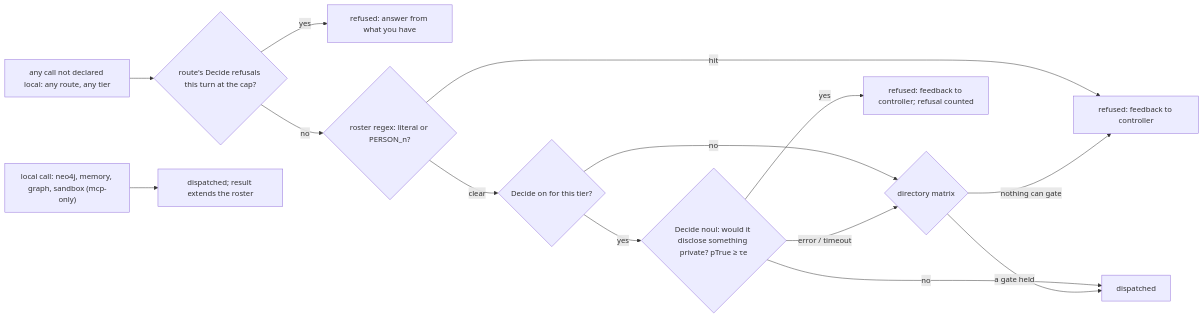
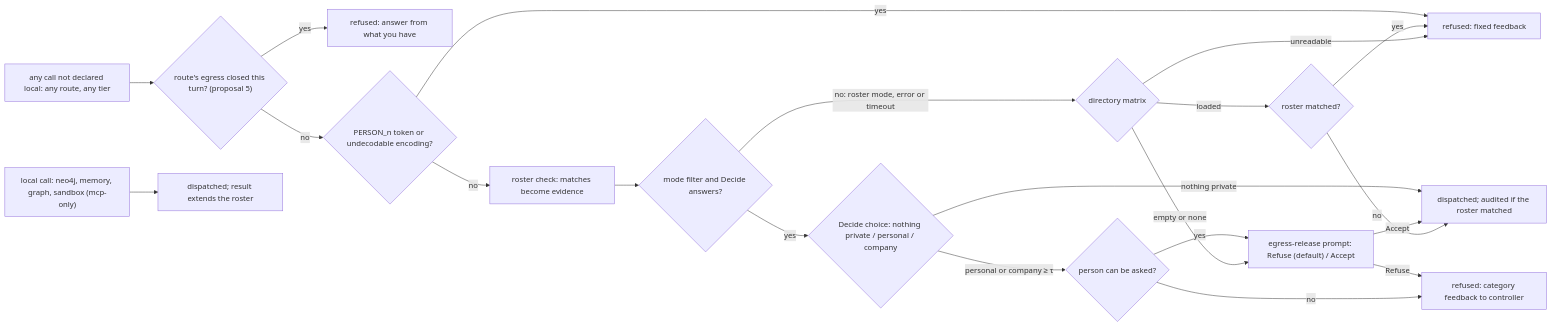
Before and after one commit to mknw/hames-playground: the fourth of 4 diagrams in docs/plan/boundary-guards.md, drawn with Mermaid. The commit also changed other lines of this file, not shown here.

````diff
--- a/docs/plan/boundary-guards.md
+++ b/docs/plan/boundary-guards.md
@@ -228,16 +327,23 @@
 ```mermaid
 flowchart LR
-  CALL["any call not declared local: any route, any tier"] --> CAP{"route's Decide refusals this turn at the cap?"}
-  CAP -->|yes| FB2["refused: answer from what you have"]
-  CAP -->|no| RX{"roster regex: literal or PERSON_n?"}
-  RX -->|hit| FB["refused: feedback to controller"]
-  RX -->|clear| ON{"Decide on for this tier?"}
-  ON -->|no| M
-  ON -->|yes| DQ{"Decide noul: would it disclose something private? pTrue ≥ τe"}
-  DQ -->|yes| FB3["refused: feedback to controller; refusal counted"]
-  DQ -->|no| GO["dispatched"]
-  DQ -->|error / timeout| M{"directory matrix"}
-  M -->|a gate held| GO
-  M -->|nothing can gate| FB
+  CALL["any call not declared local: any route, any tier"] --> CL{"route's egress closed this turn? (proposal 5)"}
+  CL -->|yes| FB2["refused: answer from what you have"]
+  CL -->|no| INT{"PERSON_n token or undecodable encoding?"}
+  INT -->|yes| FB["refused: fixed feedback"]
+  INT -->|no| RX["roster check: matches become evidence"]
+  RX --> MODE{"mode filter and Decide answers?"}
+  MODE -->|yes| DQ{"Decide choice: nothing private / personal / company"}
+  DQ -->|nothing private| GO["dispatched; audited if the roster matched"]
+  DQ -->|personal or company ≥ τ| P{"person can be asked?"}
+  P -->|yes| HE["egress-release prompt: Refuse (default) / Accept"]
+  HE -->|Accept| GO
+  HE -->|Refuse| FB3["refused: category feedback to controller"]
+  P -->|no| FB3
+  MODE -->|no: roster mode, error or timeout| M{"directory matrix"}
+  M -->|loaded| RV{"roster matched?"}
+  RV -->|yes| FB
+  RV -->|no| GO
+  M -->|empty or none| HE
+  M -->|unreadable| FB
   LOCAL["local call: neo4j, memory, graph, sandbox (mcp-only)"] --> GO2["dispatched; result extends the roster"]
 ```
````
